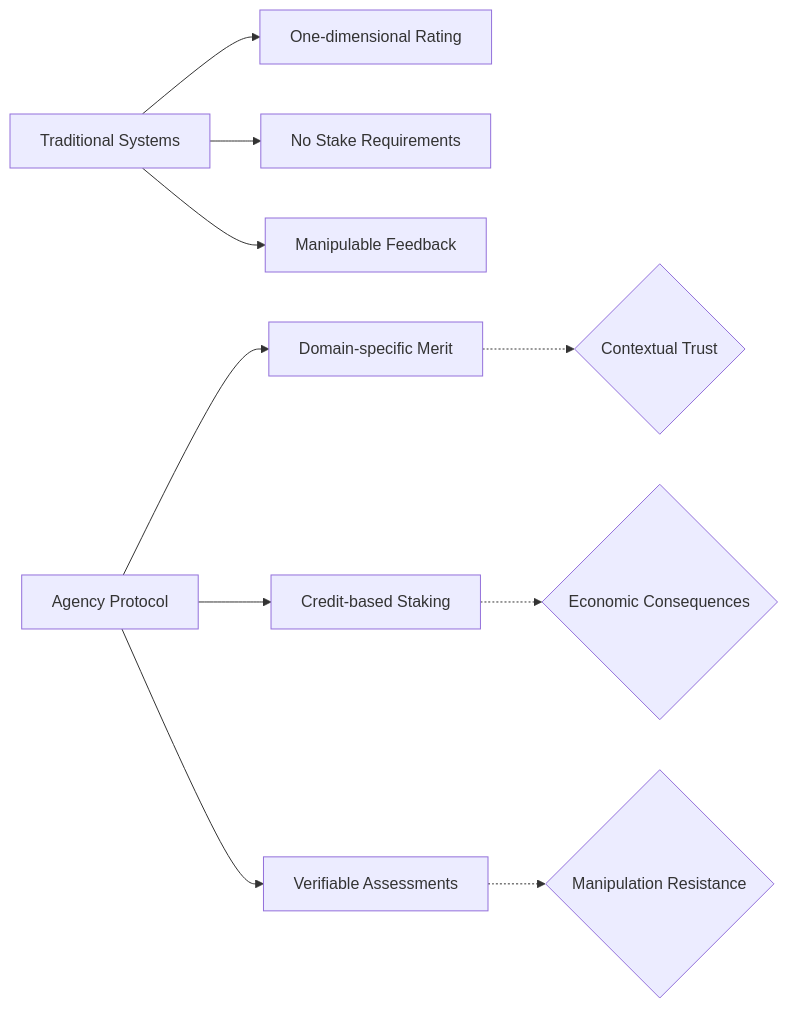
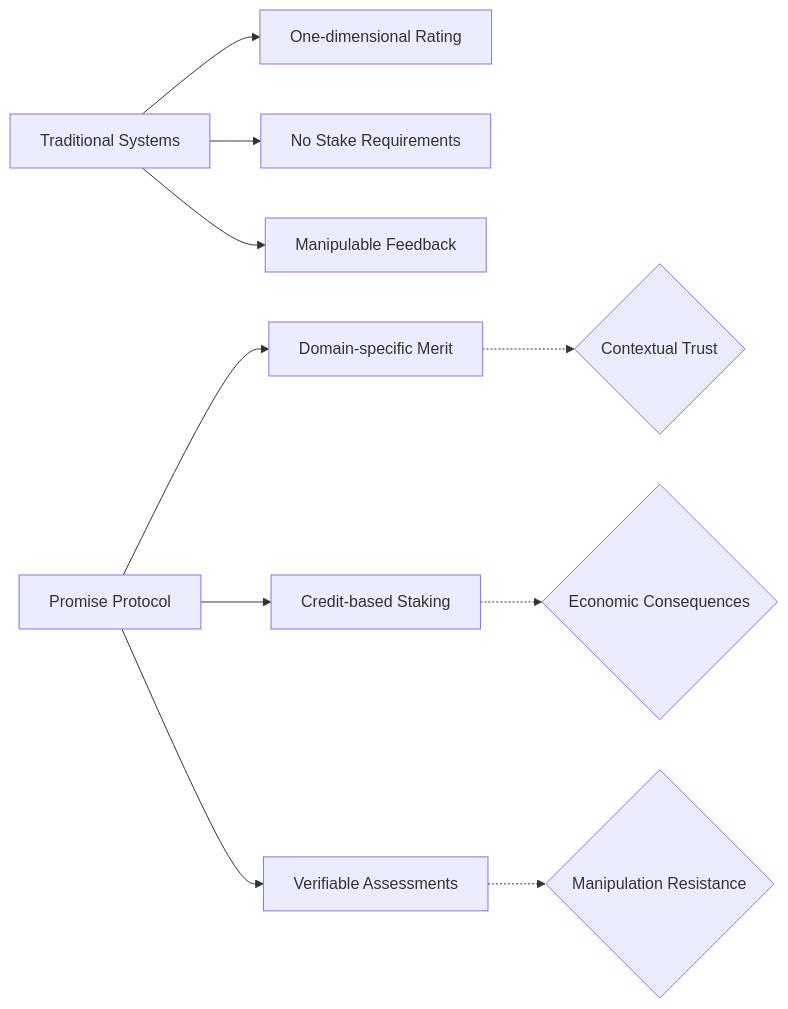
The first of 3 diagrams in docs/yellowpaper.org (dvdgdn/agency-protocol), drawn with Mermaid before and after one commit. The commit also changed other lines of this file and 106 other files, not shown here.

```diff
--- a/docs/yellowpaper.org
+++ b/docs/yellowpaper.org
@@ -187,14 +187,14 @@
 #+BEGIN_SRC mermaid :file trust-systems-comparison.png
 graph LR
     A[Traditional Systems] --> D[One-dimensional Rating]
     A --> E[No Stake Requirements]
     A --> F[Manipulable Feedback]
 
-    B[Agency Protocol] --> G[Domain-specific Merit]
+    B[Promise Protocol] --> G[Domain-specific Merit]
     B --> H[Credit-based Staking]
     B --> I[Verifiable Assessments]
 
     G -.-> J{Contextual Trust}
     H -.-> K{Economic Consequences}
     I -.-> L{Manipulation Resistance}
 #+END_SRC
```
